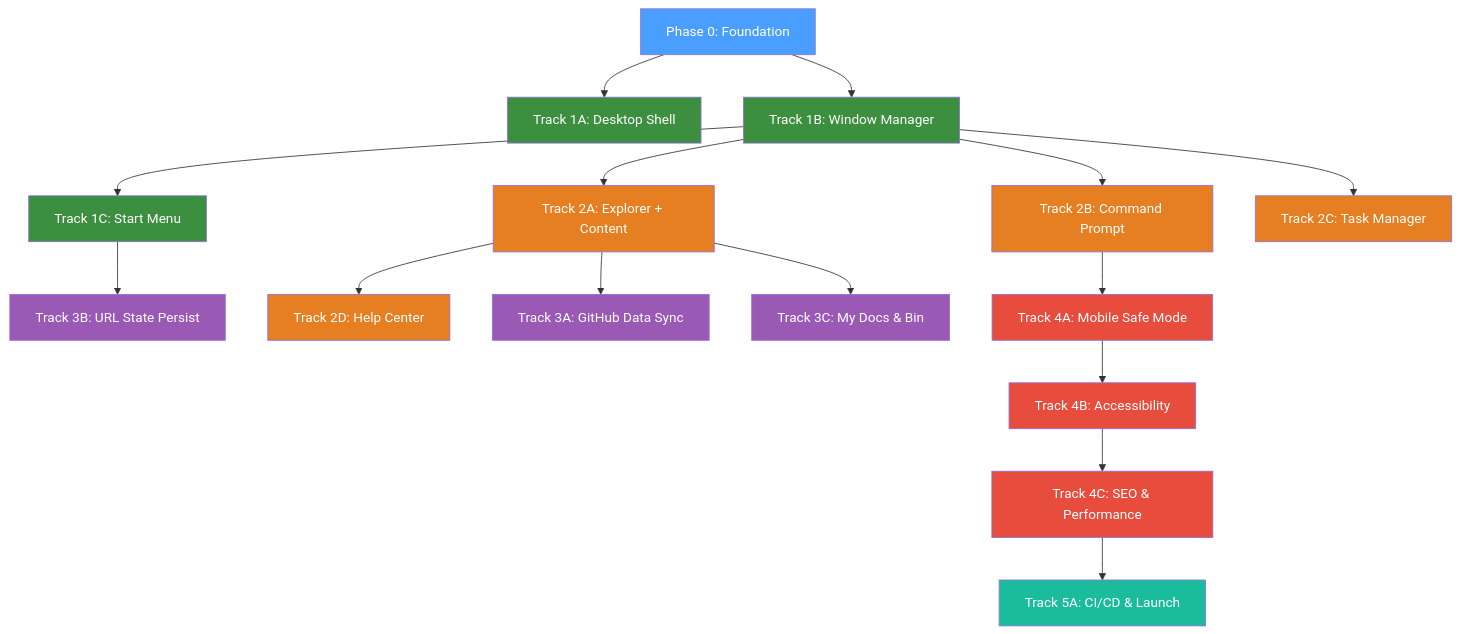
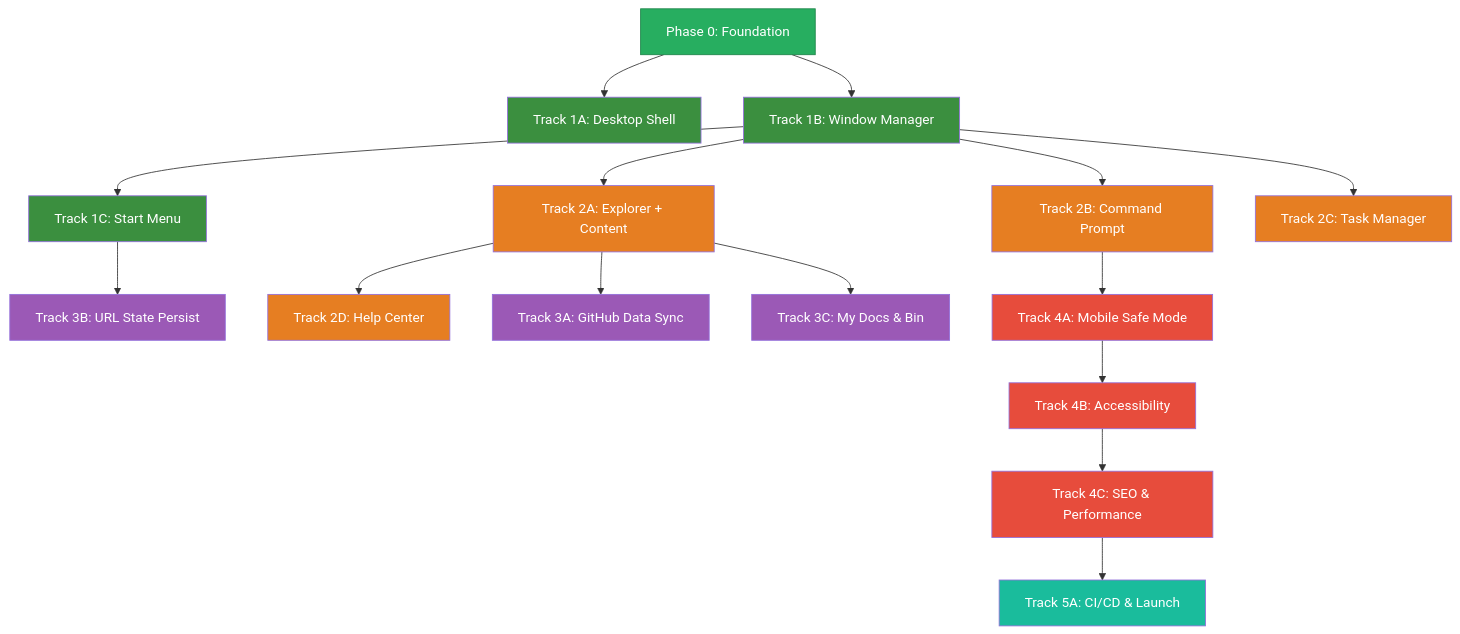
Before and after one commit to mansyar/portfolio-v3: the second of 2 diagrams in docs/ROADMAP.md, drawn with Mermaid. The commit also changed other lines of this file, not shown here.

Commit message:
docs(conductor): Update ROADMAP with Phase 0 completion status

````diff
--- a/docs/ROADMAP.md
+++ b/docs/ROADMAP.md
@@ -498,33 +513,33 @@
 ```mermaid
 graph TD
     P0[Phase 0: Foundation] --> T1A[Track 1A: Desktop Shell]
     P0 --> T1B[Track 1B: Window Manager]
     T1B --> T1C[Track 1C: Start Menu]
     T1B --> T2A[Track 2A: Explorer + Content]
     T1B --> T2B[Track 2B: Command Prompt]
     T1B --> T2C[Track 2C: Task Manager]
     T2A --> T2D[Track 2D: Help Center]
     T2A --> T3A[Track 3A: GitHub Data Sync]
     T1C --> T3B[Track 3B: URL State Persist]
     T2A --> T3C[Track 3C: My Docs & Bin]
     T2B --> T4A[Track 4A: Mobile Safe Mode]
     T4A --> T4B[Track 4B: Accessibility]
     T4B --> T4C[Track 4C: SEO & Performance]
     T4C --> T5A[Track 5A: CI/CD & Launch]
 
-    style P0 fill:#4a9eff,color:#fff
+    style P0 fill:#27ae60,color:#fff,stroke:#1e8449
     style T1A fill:#3b8f3f,color:#fff
     style T1B fill:#3b8f3f,color:#fff
     style T1C fill:#3b8f3f,color:#fff
     style T2A fill:#e67e22,color:#fff
     style T2B fill:#e67e22,color:#fff
     style T2C fill:#e67e22,color:#fff
     style T2D fill:#e67e22,color:#fff
     style T3A fill:#9b59b6,color:#fff
     style T3B fill:#9b59b6,color:#fff
     style T3C fill:#9b59b6,color:#fff
     style T4A fill:#e74c3c,color:#fff
     style T4B fill:#e74c3c,color:#fff
     style T4C fill:#e74c3c,color:#fff
     style T5A fill:#1abc9c,color:#fff
 ```
````
